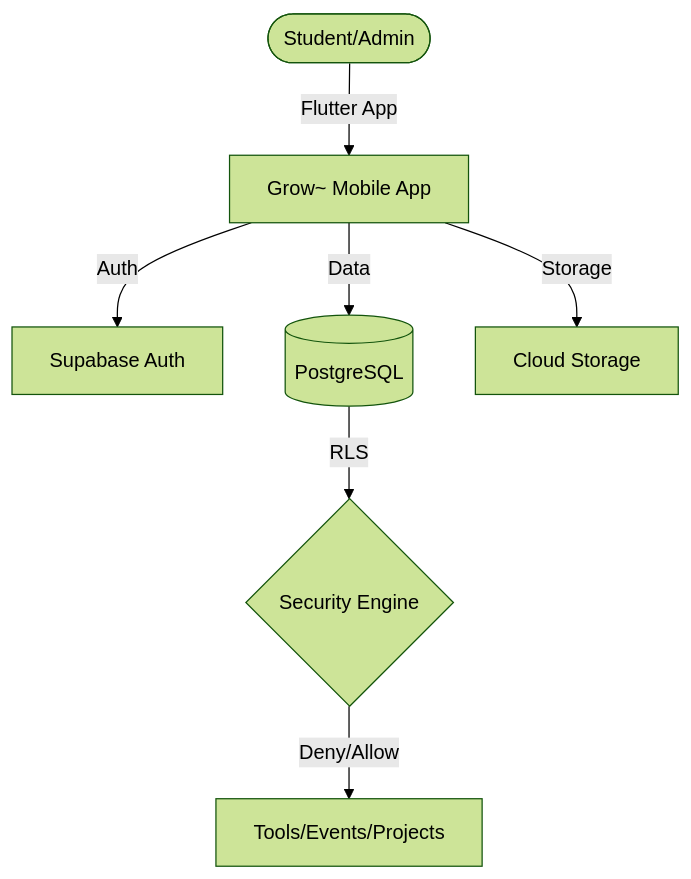
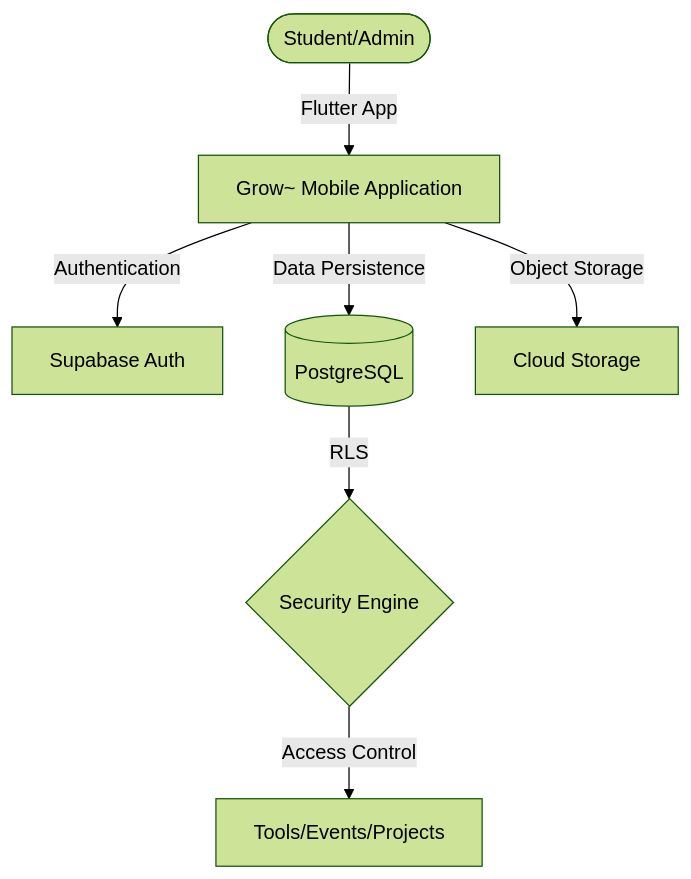
Before and after one commit to NAVANEETHVVINOD/Grow-by-IL: the first of 2 diagrams in README.md, drawn with Mermaid (forest theme). The commit also changed other lines of this file and 1 other file, not shown here.

````diff
--- a/README.md
+++ b/README.md
@@ -18,9 +17,9 @@
 ```mermaid
 graph TD
-    User([Student/Admin]) -->|Flutter App| App[Grow~ Mobile App]
-    App -->|Auth| SupabaseAuth[Supabase Auth]
-    App -->|Data| SupabaseDB[(PostgreSQL)]
-    App -->|Storage| SupabaseStorage[Cloud Storage]
+    User([Student/Admin]) -->|Flutter App| App[Grow~ Mobile Application]
+    App -->|Authentication| SupabaseAuth[Supabase Auth]
+    App -->|Data Persistence| SupabaseDB[(PostgreSQL)]
+    App -->|Object Storage| SupabaseStorage[Cloud Storage]
     SupabaseDB -->|RLS| PolicyEngine{Security Engine}
-    PolicyEngine -->|Deny/Allow| Resource[Tools/Events/Projects]
+    PolicyEngine -->|Access Control| Resource[Tools/Events/Projects]
 ```
````
